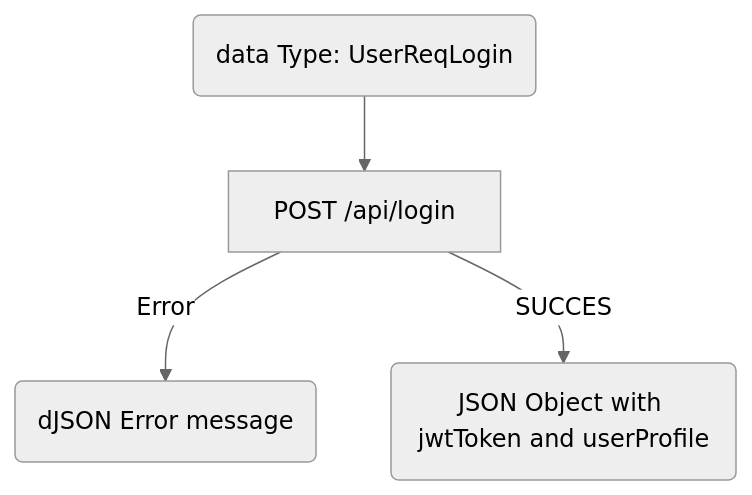
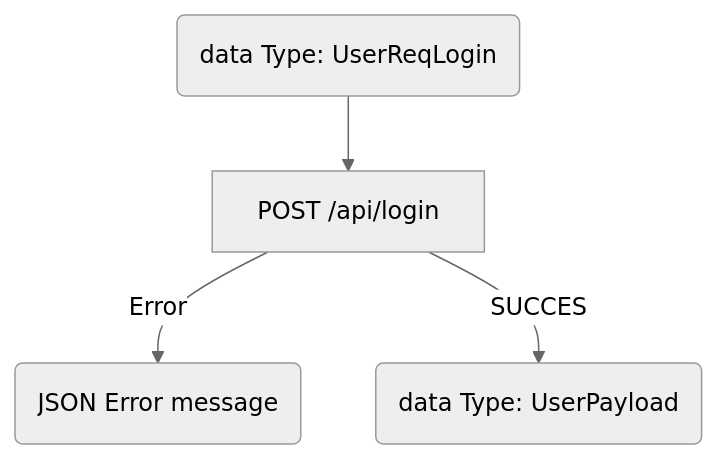
The third of 6 diagrams in Readme.md (hauretax/Matcha_ultra_v2), drawn with Mermaid (neutral theme) before and after one commit. The commit also changed other lines of this file, not shown here.

````diff
--- a/Readme.md
+++ b/Readme.md
@@ -27,7 +27,7 @@
 ```mermaid
 flowchart TD
     D(data Type: UserReqLogin) -->A
     A[POST /api/login] 
-    A-->|Error| B(dJSON Error message)
-    A-->|SUCCES| C(JSON Object with jwtToken and userProfile)
+    A-->|Error| B(JSON Error message)
+    A-->|SUCCES| C(data Type: UserPayload)
 ``` 
````
